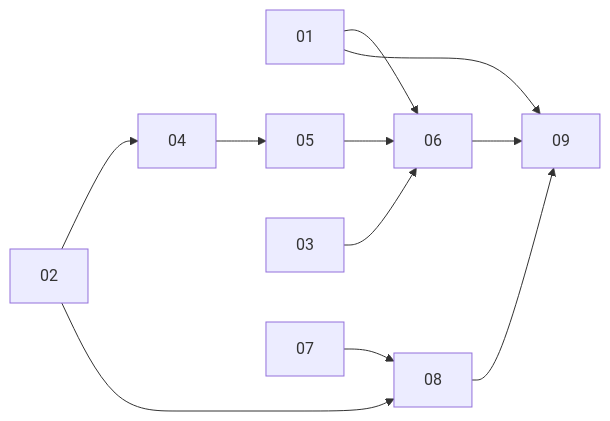
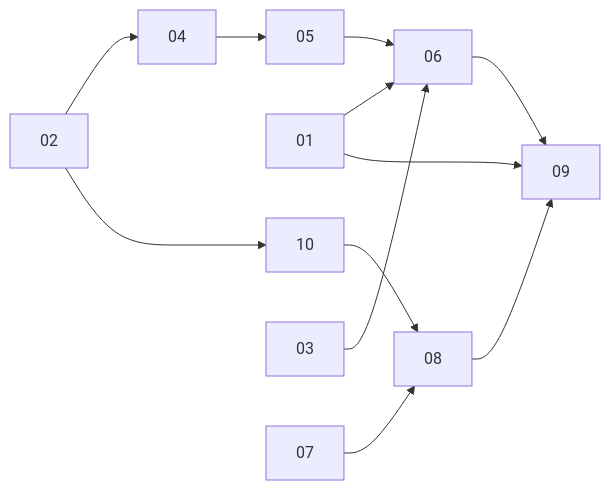
Before and after one commit to dam-agents/dam: the diagram in docs/plan/3425-delegation-visibility/README.md, drawn with Mermaid. The commit also changed other lines of this file and 11 other files, not shown here.

````diff
--- a/docs/plan/3425-delegation-visibility/README.md
+++ b/docs/plan/3425-delegation-visibility/README.md
@@ -240,11 +242,11 @@
 ```mermaid
 graph LR
   01 --> 06
   02 --> 04 --> 05 --> 06
   03 --> 06
   07 --> 08
-  02 --> 08
+  02 --> 10 --> 08
   06 --> 09
   08 --> 09
   01 --> 09
 ```
````
